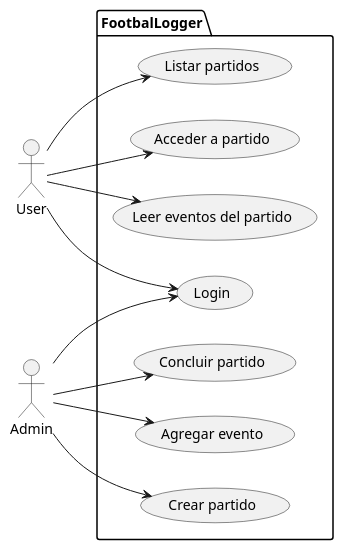
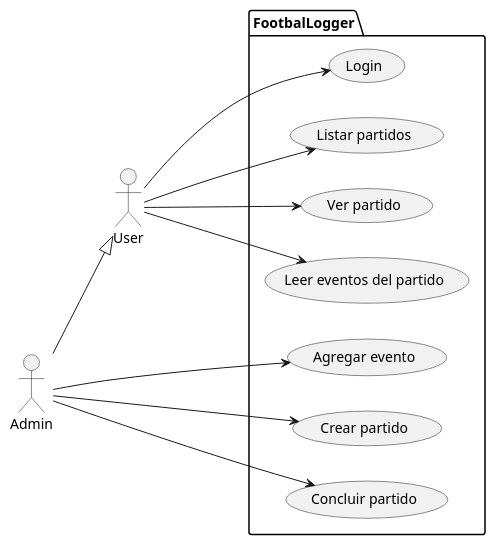
Before and after one commit to mmasias/IdSw1-22-23: the diagram in actividades/002-appFutbol/ortega.manuel/FootballUseCases.puml, drawn with PlantUML. The commit also changed 5 other files, not shown here.

```diff
--- a/actividades/002-appFutbol/ortega.manuel/FootballUseCases.puml
+++ b/actividades/002-appFutbol/ortega.manuel/FootballUseCases.puml
@@ -1,24 +1,25 @@
 @startuml Casos de uso football
 left to right direction
 
 package FootbalLogger {
   usecase "Login" as Login
-  usecase "Acceder a partido" as AP
+  usecase "Listar partidos" as LP
+  usecase "Ver partido" as AP
   usecase "Leer eventos del partido" as REP
-  usecase "Listar partidos" as LP
 
   usecase "Agregar evento" as CE
   usecase "Crear partido" as CP
   usecase "Concluir partido" as CLP
 }
 
-User --> (Login)
-User --> (AP)
-User --> (REP)
-User --> (LP)
+User <|-u- Admin
 
-Admin --> (Login)
-Admin --> (CE)
-Admin --> (CP)
-Admin --> (CLP)
+User ---> (Login)
+User ---> (AP)
+User ---> (REP)
+User ---> (LP)
+
+Admin ---> (CE)
+Admin ---> (CP)
+Admin ---> (CLP)
 @enduml
```
